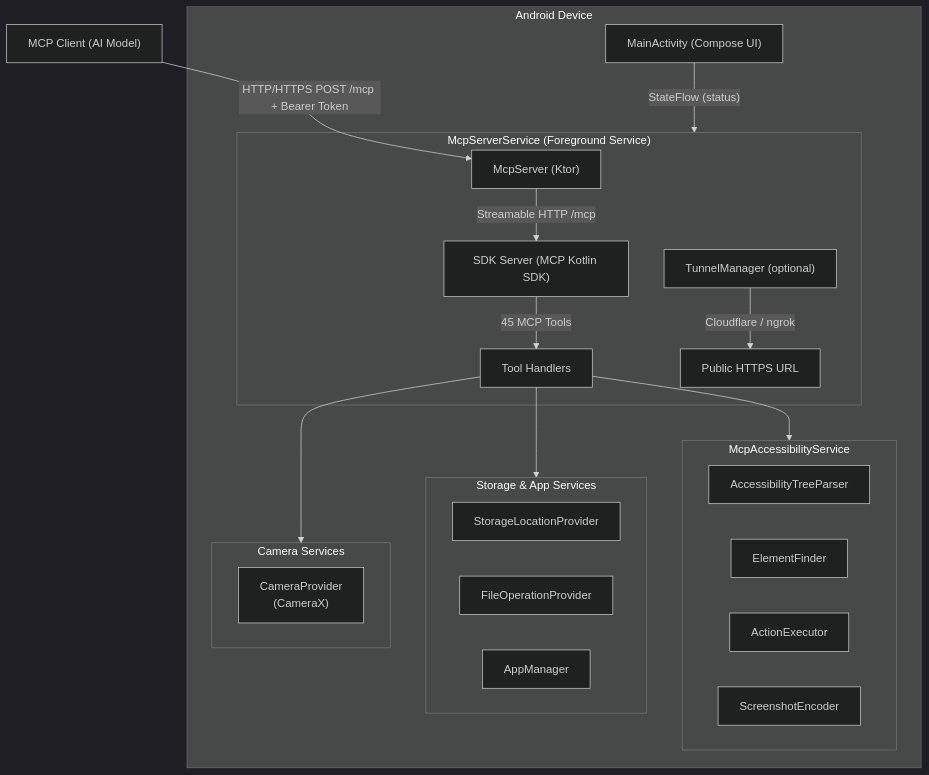
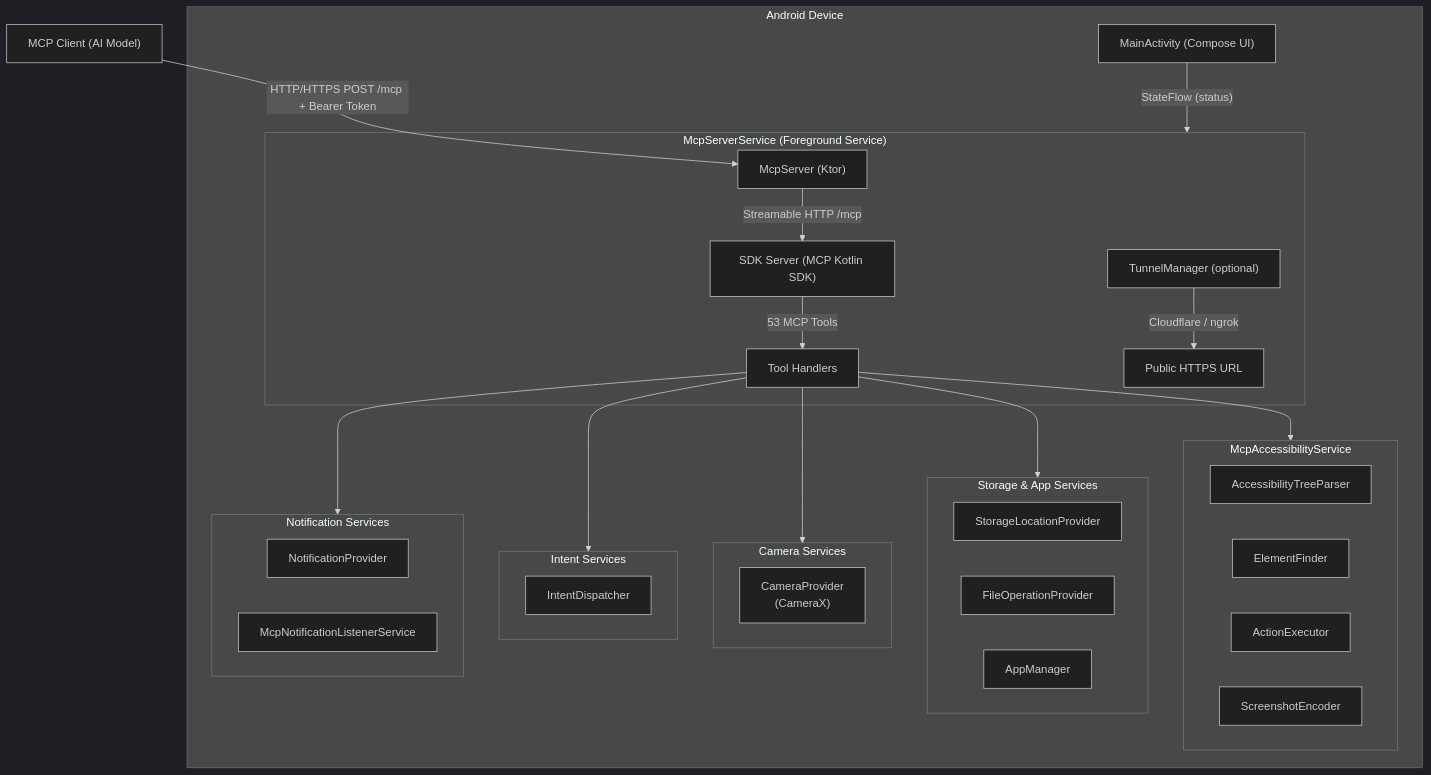
The diagram in README.md (danielealbano/android-remote-control-mcp), drawn with Mermaid (dark theme) before and after one commit. The commit also changed other lines of this file, not shown here.

Commit message:
docs: update README for intent and notification tools
- Update tool count from 45 to 53, categories from 10 to 12
- Add Intent (2 tools) and Notification (6 tools) categories to feature table
- Add IntentDispatcher and NotificationProvider to architecture diagram
- Add Notification Listener permission to security section
- Update test descriptions to reflect 53 tools and 12 categories

````diff
--- a/README.md
+++ b/README.md
@@ -235,39 +237,50 @@
 ```mermaid
 graph TB
     Client["MCP Client (AI Model)"]
     Client -->|"HTTP/HTTPS POST /mcp + Bearer Token"| McpServer
 
     subgraph Device["Android Device"]
         subgraph McpServerService["McpServerService (Foreground Service)"]
             McpServer["McpServer (Ktor)"]
             McpServer -->|"Streamable HTTP /mcp"| SDK["SDK Server (MCP Kotlin SDK)"]
-            SDK -->|"45 MCP Tools"| Tools["Tool Handlers"]
+            SDK -->|"53 MCP Tools"| Tools["Tool Handlers"]
             TunnelMgr["TunnelManager (optional)"]
             TunnelMgr -->|"Cloudflare / ngrok"| PublicURL["Public HTTPS URL"]
         end
 
         subgraph Accessibility["McpAccessibilityService"]
             TreeParser["AccessibilityTreeParser"]
             ElemFinder["ElementFinder"]
             ActionExec["ActionExecutor"]
             ScreenEnc["ScreenshotEncoder"]
         end
 
         subgraph Storage["Storage & App Services"]
             StorageProv["StorageLocationProvider"]
             FileOps["FileOperationProvider"]
             AppMgr["AppManager"]
         end
 
         subgraph CameraSvc["Camera Services"]
             CamProv["CameraProvider\n(CameraX)"]
         end
 
+        subgraph IntentSvc["Intent Services"]
+            IntentDisp["IntentDispatcher"]
+        end
+
+        subgraph NotifSvc["Notification Services"]
+            NotifProv["NotificationProvider"]
+            NotifListener["McpNotificationListenerService"]
+        end
+
         MainActivity["MainActivity (Compose UI)"]
 
         Tools --> Accessibility
         Tools --> Storage
         Tools --> CameraSvc
+        Tools --> IntentSvc
+        Tools --> NotifSvc
         MainActivity -->|"StateFlow (status)"| McpServerService
     end
 ```
````
